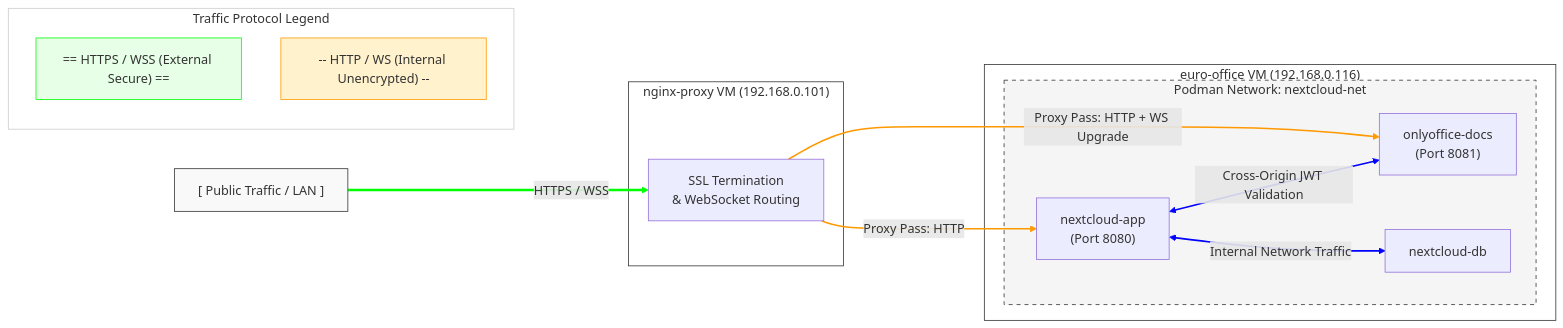
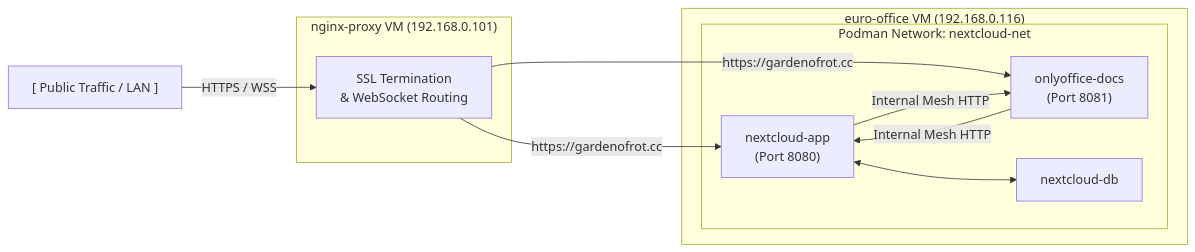
One commit to mckeepa/linux-how-to changed the first of 2 diagrams in K8_resources/setup-2026/nextcloud_onlyoffice/netxtcloud-openoffice-2026-Aug-307.md. Above: the diagram before and after it, drawn with Mermaid. The commit also changed other lines of this file and 10 other files, not shown here.

````diff
--- a/K8_resources/setup-2026/nextcloud_onlyoffice/netxtcloud-openoffice-2026-Aug-307.md
+++ b/K8_resources/setup-2026/nextcloud_onlyoffice/netxtcloud-openoffice-2026-Aug-307.md
@@ -11,47 +11,26 @@
 ```mermaid
 graph LR
     %% Node Definitions
     Public["[ Public Traffic / LAN ]"]
     
     subgraph NginxProxy ["nginx-proxy VM (192.168.0.101)"]
         NP_Details["SSL Termination<br>& WebSocket Routing"]
     end
     
     subgraph EuroOffice ["euro-office VM (192.168.0.116)"]
         subgraph PodmanNet ["Podman Network: nextcloud-net"]
             NC_App["nextcloud-app<br>(Port 8080)"]
             OO_Docs["onlyoffice-docs<br>(Port 8081)"]
             NC_DB["nextcloud-db"]
         end
     end
 
-    %% Flow Connections with Colour-Coded Protocols
+    %% Flow Connections
     Public -->|HTTPS / WSS| NP_Details
-    NP_Details -->|Proxy Pass: HTTP| NC_App
-    NP_Details -->|Proxy Pass: HTTP + WS Upgrade| OO_Docs
-    NC_App <-->|Internal Network Traffic| NC_DB
-    NC_App <-->|Cross-Origin JWT Validation| OO_Docs
-
-    %% Colour Legend Node
-    subgraph Legend ["Traffic Protocol Legend"]
-        L1["== HTTPS / WSS (External Secure) =="]
-        L2["-- HTTP / WS (Internal Unencrypted) --"]
-    end
-
-    %% Styling Elements
-    linkStyle 0 stroke:#00ff00,stroke-width:3px;
-    linkStyle 1 stroke:#ff9900,stroke-width:2px;
-    linkStyle 2 stroke:#ff9900,stroke-width:2px;
-    linkStyle 3 stroke:#0000ff,stroke-width:2px;
-    linkStyle 4 stroke:#0000ff,stroke-width:2px;
-
-    style Public fill:#f9f9f9,stroke:#333,stroke-width:1px
-    style NginxProxy fill:#fff,stroke:#333,stroke-width:1px
-    style EuroOffice fill:#fff,stroke:#333,stroke-width:1px
-    style PodmanNet fill:#f5f5f5,stroke:#333,stroke-width:1px,stroke-dasharray: 5 5
-    style Legend fill:#fff,stroke:#ccc,stroke-width:1px
-    style L1 fill:#e6ffe6,stroke:#00ff00,stroke-width:1px
-    style L2 fill:#fff2cc,stroke:#ff9900,stroke-width:1px
-
+    NP_Details -->|https://gardenofrot.cc| NC_App
+    NP_Details -->|https://gardenofrot.cc| OO_Docs
+    NC_App <--> NC_DB
+    NC_App -->|Internal Mesh HTTP| OO_Docs
+    OO_Docs -->|Internal Mesh HTTP| NC_App
 
 ```
````
